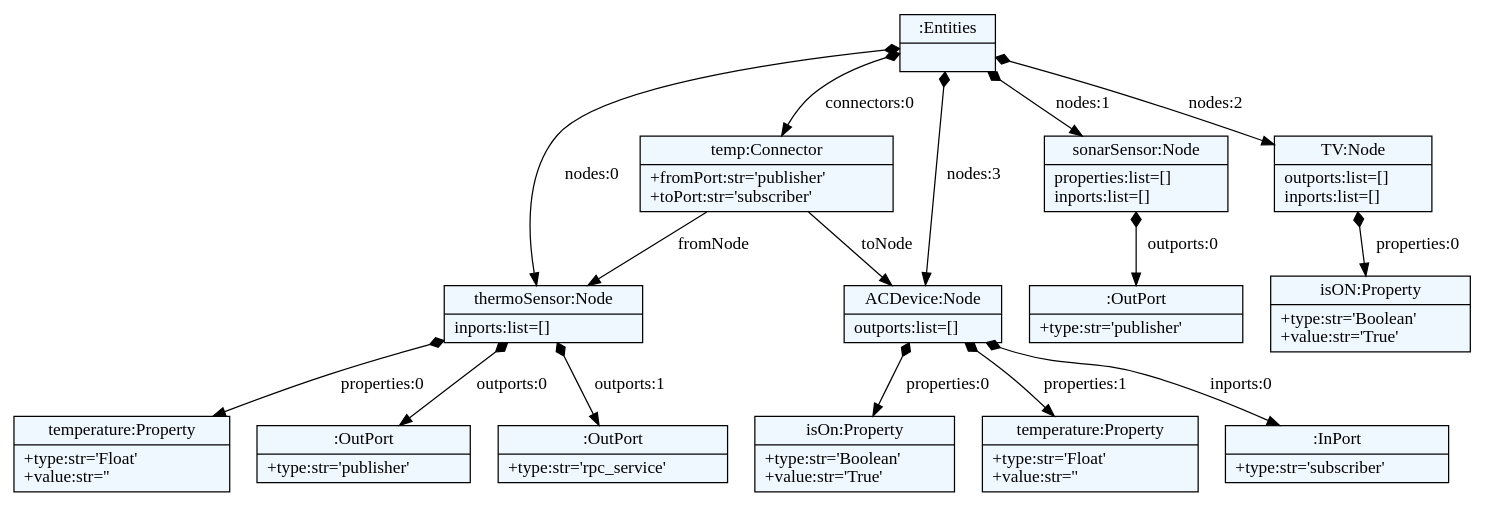
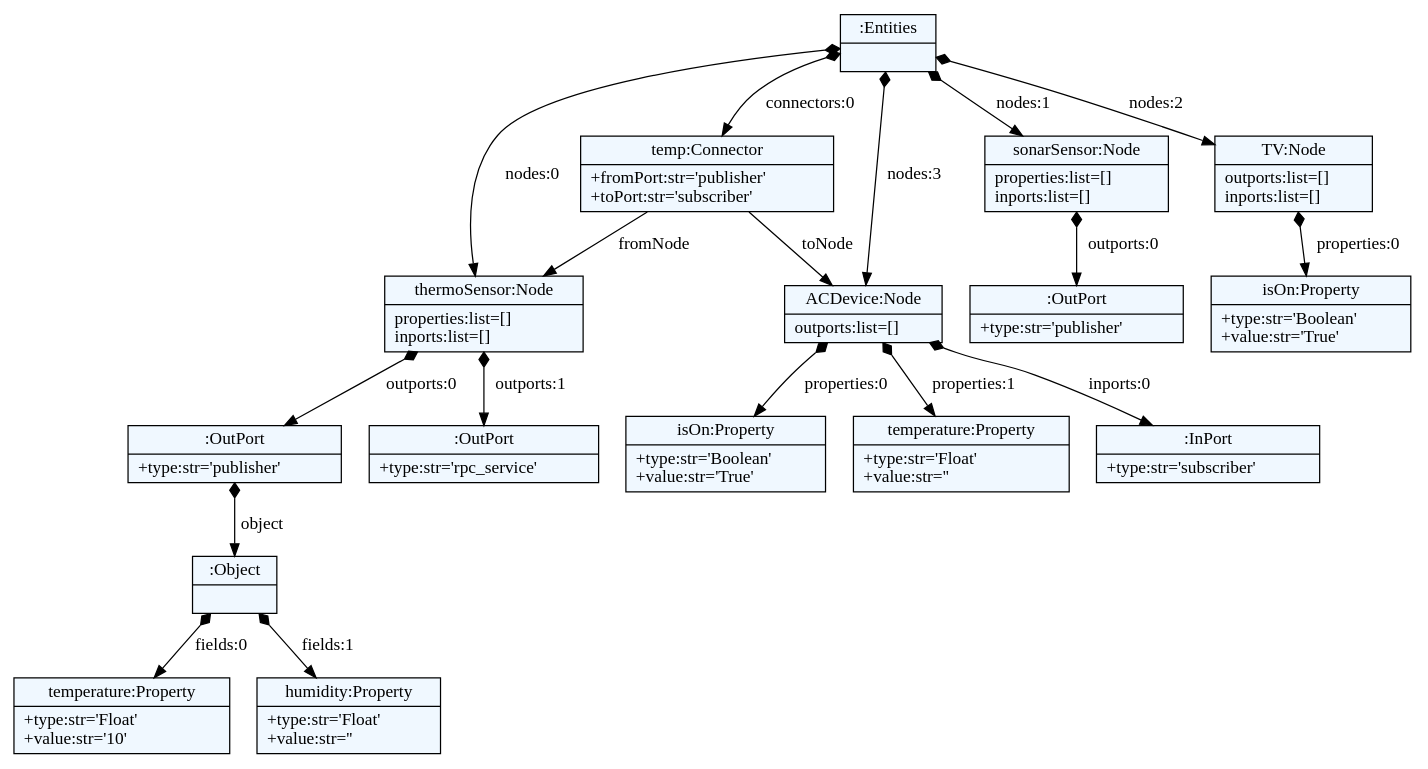
The diagram in models/nodes.dot (xanthoko/meco), drawn with Graphviz before and after one commit. The commit also changed 7 other files, not shown here.

```diff
--- a/models/nodes.dot
+++ b/models/nodes.dot
@@ -1,44 +1,48 @@
 
     digraph textX {
     fontname = "Bitstream Vera Sans"
     fontsize = 8
     node[
         shape=record,
         style=filled,
         fillcolor=aliceblue
     ]
     nodesep = 0.3
     edge[dir=black,arrowtail=empty]
 
 
-4410213184 -> 4410169664 [label="nodes:0" arrowtail=diamond dir=both]
-4410169664 -> 4410237328 [label="properties:0" arrowtail=diamond dir=both]
-4410237328[label="{temperature:Property|+type:str='Float'\l+value:str=''\l}"]
-4410169664 -> 4410237184 [label="outports:0" arrowtail=diamond dir=both]
-4410237184[label="{:OutPort|+type:str='publisher'\l}"]
-4410169664 -> 4410238096 [label="outports:1" arrowtail=diamond dir=both]
-4410238096[label="{:OutPort|+type:str='rpc_service'\l}"]
-4410169664[label="{thermoSensor:Node|inports:list=[]\l}"]
-4410213184 -> 4410168224 [label="nodes:1" arrowtail=diamond dir=both]
-4410168224 -> 4410237280 [label="outports:0" arrowtail=diamond dir=both]
-4410237280[label="{:OutPort|+type:str='publisher'\l}"]
-4410168224[label="{sonarSensor:Node|properties:list=[]\linports:list=[]\l}"]
-4410213184 -> 4410168368 [label="nodes:2" arrowtail=diamond dir=both]
-4410168368 -> 4410238336 [label="properties:0" arrowtail=diamond dir=both]
-4410238336[label="{isON:Property|+type:str='Boolean'\l+value:str='True'\l}"]
-4410168368[label="{TV:Node|outports:list=[]\linports:list=[]\l}"]
-4410213184 -> 4410239152 [label="nodes:3" arrowtail=diamond dir=both]
-4410239152 -> 4410086256 [label="properties:0" arrowtail=diamond dir=both]
-4410086256[label="{isOn:Property|+type:str='Boolean'\l+value:str='True'\l}"]
-4410239152 -> 4410086880 [label="properties:1" arrowtail=diamond dir=both]
-4410086880[label="{temperature:Property|+type:str='Float'\l+value:str=''\l}"]
-4410239152 -> 4410087312 [label="inports:0" arrowtail=diamond dir=both]
-4410087312[label="{:InPort|+type:str='subscriber'\l}"]
-4410239152[label="{ACDevice:Node|outports:list=[]\l}"]
-4410213184 -> 4410238288 [label="connectors:0" arrowtail=diamond dir=both]
-4410238288 -> 4410169664 [label="fromNode" ]
-4410238288 -> 4410239152 [label="toNode" ]
-4410238288[label="{temp:Connector|+fromPort:str='publisher'\l+toPort:str='subscriber'\l}"]
-4410213184[label="{:Entities|}"]
+4447743568 -> 4447852624 [label="nodes:0" arrowtail=diamond dir=both]
+4447852624 -> 4447854304 [label="outports:0" arrowtail=diamond dir=both]
+4447854304 -> 4447969136 [label="object" arrowtail=diamond dir=both]
+4447969136 -> 4447968944 [label="fields:0" arrowtail=diamond dir=both]
+4447968944[label="{temperature:Property|+type:str='Float'\l+value:str='10'\l}"]
+4447969136 -> 4447969040 [label="fields:1" arrowtail=diamond dir=both]
+4447969040[label="{humidity:Property|+type:str='Float'\l+value:str=''\l}"]
+4447969136[label="{:Object|}"]
+4447854304[label="{:OutPort|+type:str='publisher'\l}"]
+4447852624 -> 4447968080 [label="outports:1" arrowtail=diamond dir=both]
+4447968080[label="{:OutPort|+type:str='rpc_service'\l}"]
+4447852624[label="{thermoSensor:Node|properties:list=[]\linports:list=[]\l}"]
+4447743568 -> 4447853872 [label="nodes:1" arrowtail=diamond dir=both]
+4447853872 -> 4447965488 [label="outports:0" arrowtail=diamond dir=both]
+4447965488[label="{:OutPort|+type:str='publisher'\l}"]
+4447853872[label="{sonarSensor:Node|properties:list=[]\linports:list=[]\l}"]
+4447743568 -> 4447851808 [label="nodes:2" arrowtail=diamond dir=both]
+4447851808 -> 4447968464 [label="properties:0" arrowtail=diamond dir=both]
+4447968464[label="{isOn:Property|+type:str='Boolean'\l+value:str='True'\l}"]
+4447851808[label="{TV:Node|outports:list=[]\linports:list=[]\l}"]
+4447743568 -> 4447965344 [label="nodes:3" arrowtail=diamond dir=both]
+4447965344 -> 4447969088 [label="properties:0" arrowtail=diamond dir=both]
+4447969088[label="{isOn:Property|+type:str='Boolean'\l+value:str='True'\l}"]
+4447965344 -> 4447967792 [label="properties:1" arrowtail=diamond dir=both]
+4447967792[label="{temperature:Property|+type:str='Float'\l+value:str=''\l}"]
+4447965344 -> 4447968896 [label="inports:0" arrowtail=diamond dir=both]
+4447968896[label="{:InPort|+type:str='subscriber'\l}"]
+4447965344[label="{ACDevice:Node|outports:list=[]\l}"]
+4447743568 -> 4447968656 [label="connectors:0" arrowtail=diamond dir=both]
+4447968656 -> 4447852624 [label="fromNode" ]
+4447968656 -> 4447965344 [label="toNode" ]
+4447968656[label="{temp:Connector|+fromPort:str='publisher'\l+toPort:str='subscriber'\l}"]
+4447743568[label="{:Entities|}"]
 
 }
```
